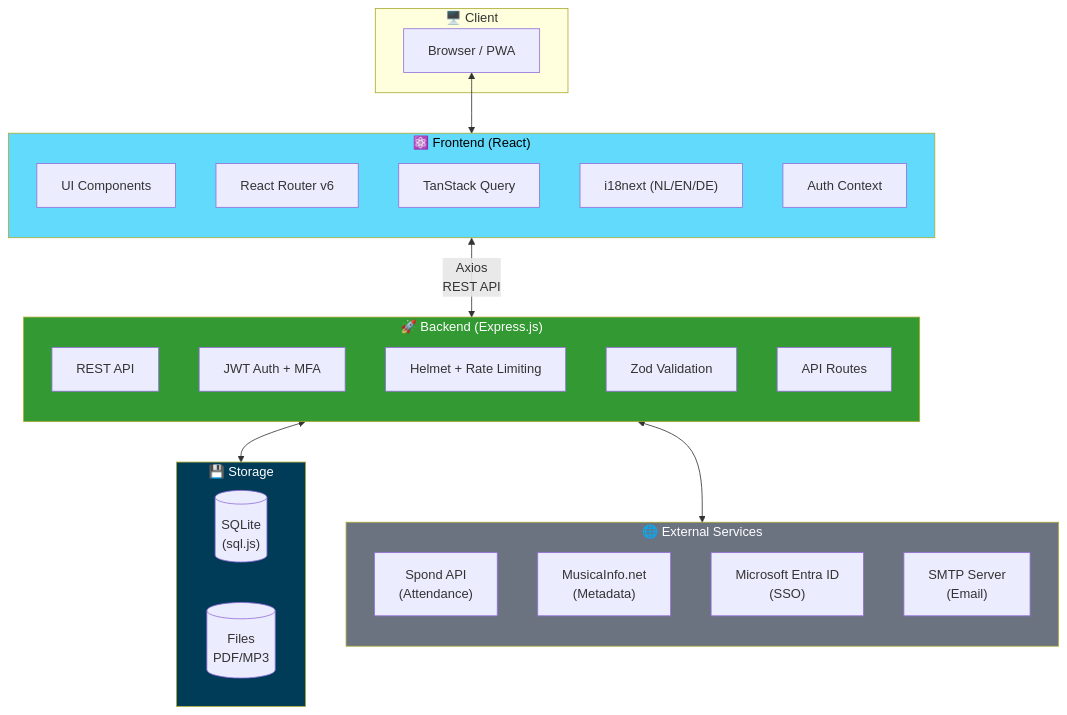
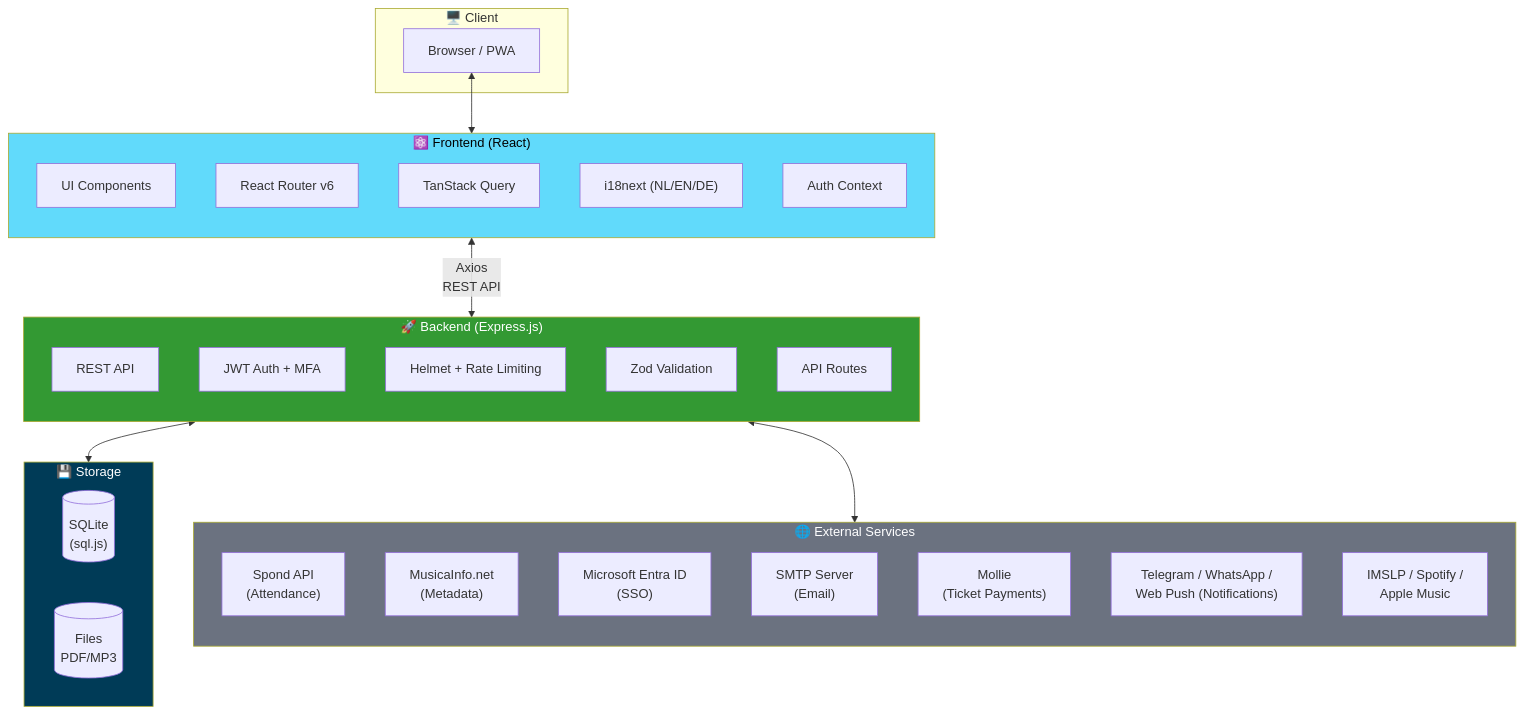
Before and after one commit to ruudsl/tutti: the first of 2 diagrams in README.md, drawn with Mermaid. The commit also changed other lines of this file and 1 other file, not shown here.

First line of the commit message:
docs: update architecture diagrams with current external services

````diff
--- a/README.md
+++ b/README.md
@@ -44,48 +44,51 @@
 ```mermaid
 flowchart TB
     subgraph Client["🖥️ Client"]
         Browser["Browser / PWA"]
     end
 
     subgraph Frontend["⚛️ Frontend (React)"]
         direction TB
         UI["UI Components"]
         Router["React Router v6"]
         State["TanStack Query"]
         i18n["i18next (NL/EN/DE)"]
         Auth["Auth Context"]
     end
 
     subgraph Backend["🚀 Backend (Express.js)"]
         direction TB
         API["REST API"]
         JWT["JWT Auth + MFA"]
         Middleware["Helmet + Rate Limiting"]
         Validation["Zod Validation"]
         Routes["API Routes"]
     end
 
     subgraph Storage["💾 Storage"]
         direction LR
         SQLite[("SQLite\n(sql.js)")]
         Files[("Files\nPDF/MP3")]
     end
 
     subgraph External["🌐 External Services"]
         direction TB
         Spond["Spond API\n(Attendance)"]
         MusicaInfo["MusicaInfo.net\n(Metadata)"]
         Entra["Microsoft Entra ID\n(SSO)"]
         SMTP["SMTP Server\n(Email)"]
+        Mollie["Mollie\n(Ticket Payments)"]
+        Notifications["Telegram / WhatsApp /\nWeb Push (Notifications)"]
+        Streaming["IMSLP / Spotify /\nApple Music"]
     end
 
     Browser <--> Frontend
     Frontend <-->|"Axios\nREST API"| Backend
     Backend <--> Storage
     Backend <--> External
 
     style Frontend fill:#61DAFB,color:#000
     style Backend fill:#339933,color:#fff
     style Storage fill:#003B57,color:#fff
     style External fill:#6B7280,color:#fff
 ```
````
